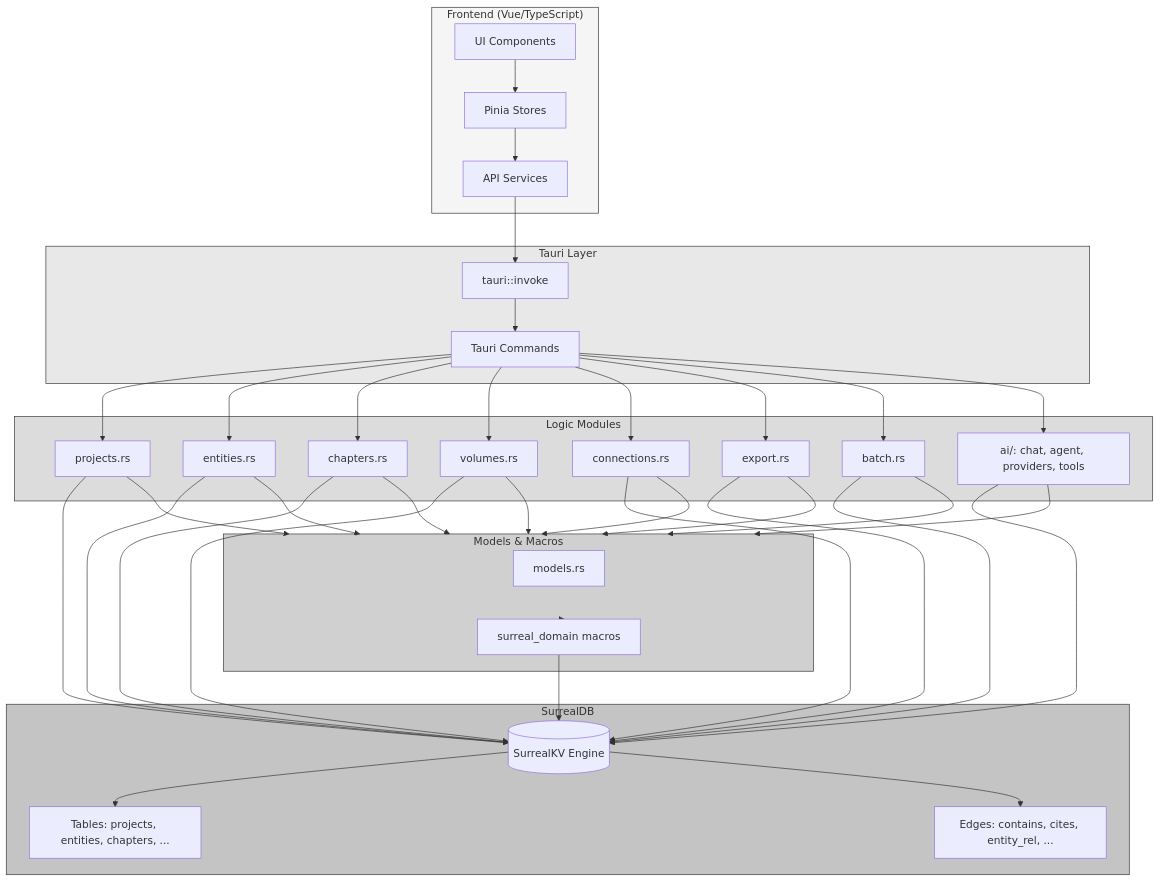
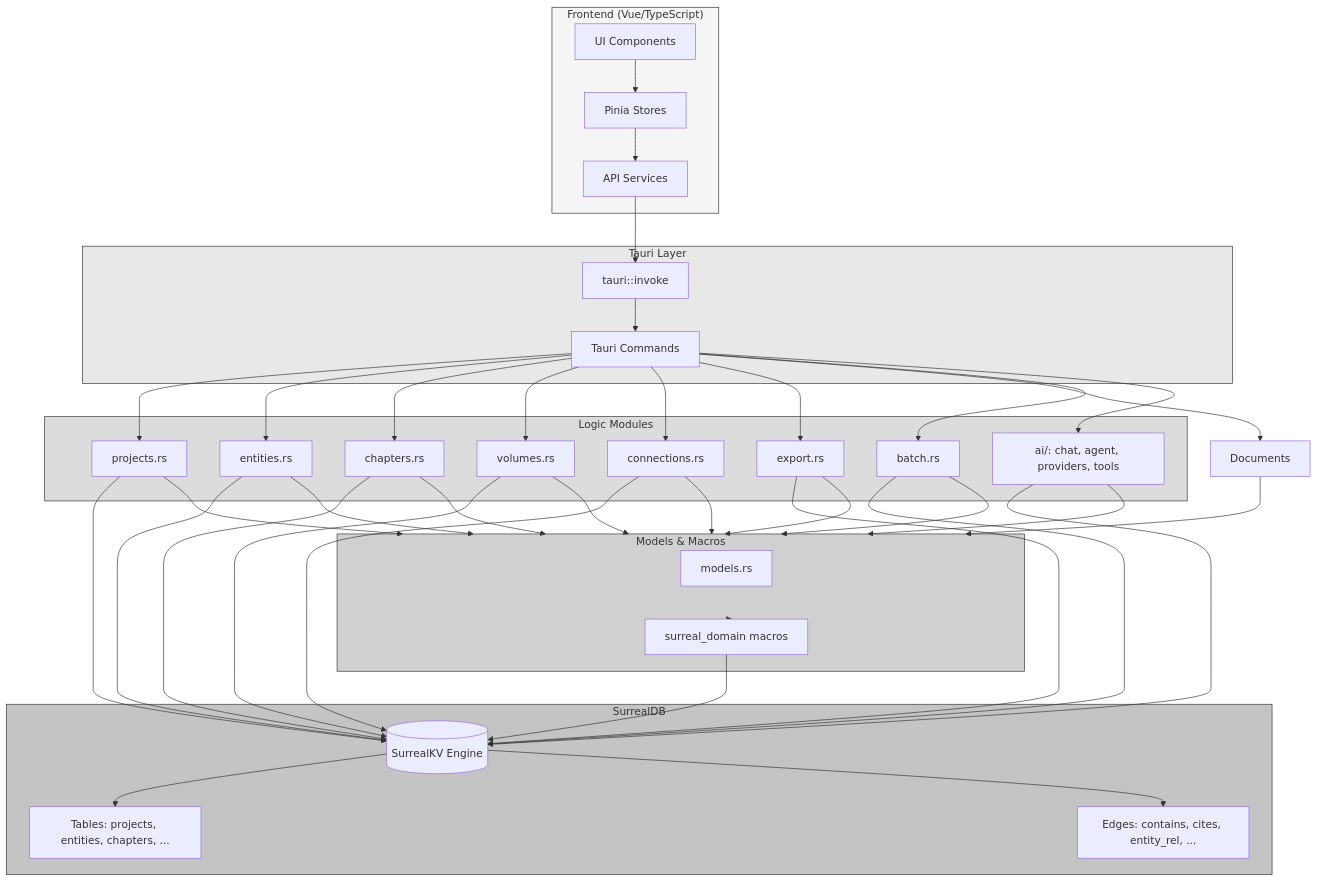
Before and after one commit to nagisokyn-prog/WorldWiki: the second of 17 diagrams in src-tauri/src/README_src.md, drawn with Mermaid. The commit also changed other lines of this file and 6 other files, not shown here.

````diff
--- a/src-tauri/src/README_src.md
+++ b/src-tauri/src/README_src.md
@@ -543,79 +571,81 @@
 ```mermaid
 flowchart TD
     subgraph Frontend["Frontend (Vue/TypeScript)"]
         UI[UI Components]
         Stores[Pinia Stores]
         API[API Services]
     end
     
     subgraph Tauri[Tauri Layer]
         Invoke[tauri::invoke]
         Commands[Tauri Commands]
     end
     
     subgraph Logic[Logic Modules]
         Projects[projects.rs]
         Entities[entities.rs]
         Chapters[chapters.rs]
         Volumes[volumes.rs]
         Connections[connections.rs]
         Export[export.rs]
         Batch[batch.rs]
         AI[ai/: chat, agent, providers, tools]
     end
     
             subgraph Models[Models & Macros]
         model_core[models.rs]
         Macros[surreal_domain macros]
     end
     
     subgraph DB[SurrealDB]
         KV[(SurrealKV Engine)]
         Tables[Tables: projects, entities, chapters, ...]
         Edges[Edges: contains, cites, entity_rel, ...]
     end
     
     UI --> Stores
     Stores --> API
     API --> Invoke
     Invoke --> Commands
     
     Commands --> Projects
     Commands --> Entities
     Commands --> Chapters
     Commands --> Volumes
     Commands --> Connections
     Commands --> Export
+    Commands --> Documents
     Commands --> Batch
     Commands --> AI
     
     Projects --> Models
     Entities --> Models
     Chapters --> Models
     Volumes --> Models
     Connections --> Models
     Export --> Models
+    Documents --> Models
     Batch --> Models
     AI --> Models
     
     Models --> Macros
     Macros --> KV
     
     Projects --> KV
     Entities --> KV
     Chapters --> KV
     Volumes --> KV
     Connections --> KV
     Export --> KV
     Batch --> KV
     AI --> KV
     
     KV --> Tables
     KV --> Edges
     
     style Frontend fill:#f5f5f5,stroke:#333
     style Tauri fill:#e8e8e8,stroke:#333
     style Logic fill:#dcdcdc,stroke:#333
     style Models fill:#d0d0d0,stroke:#333
     style DB fill:#c4c4c4,stroke:#333
 ```
````
